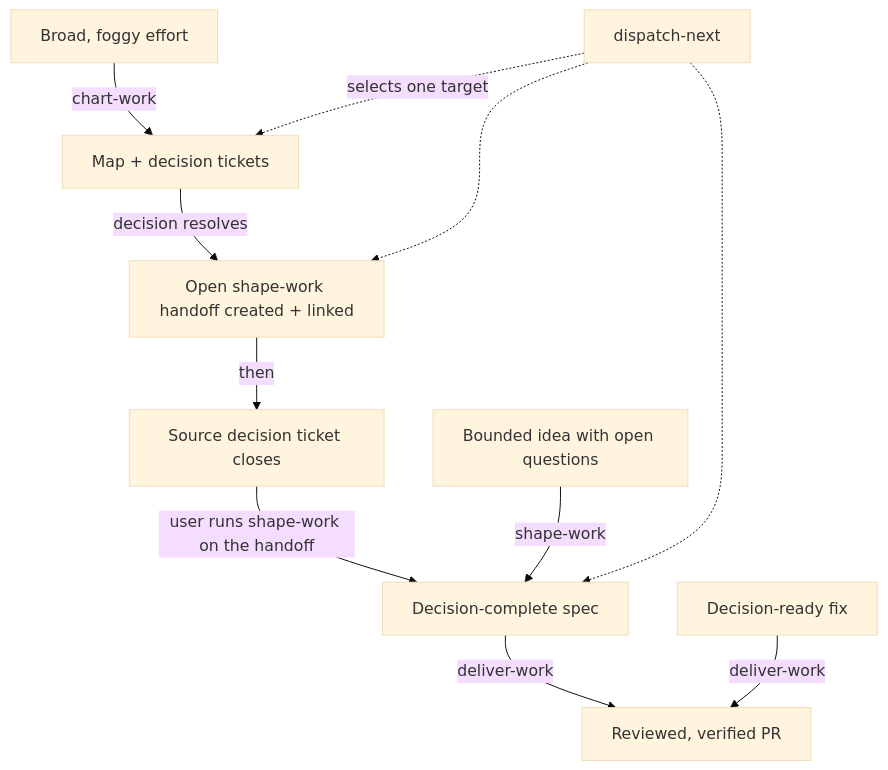
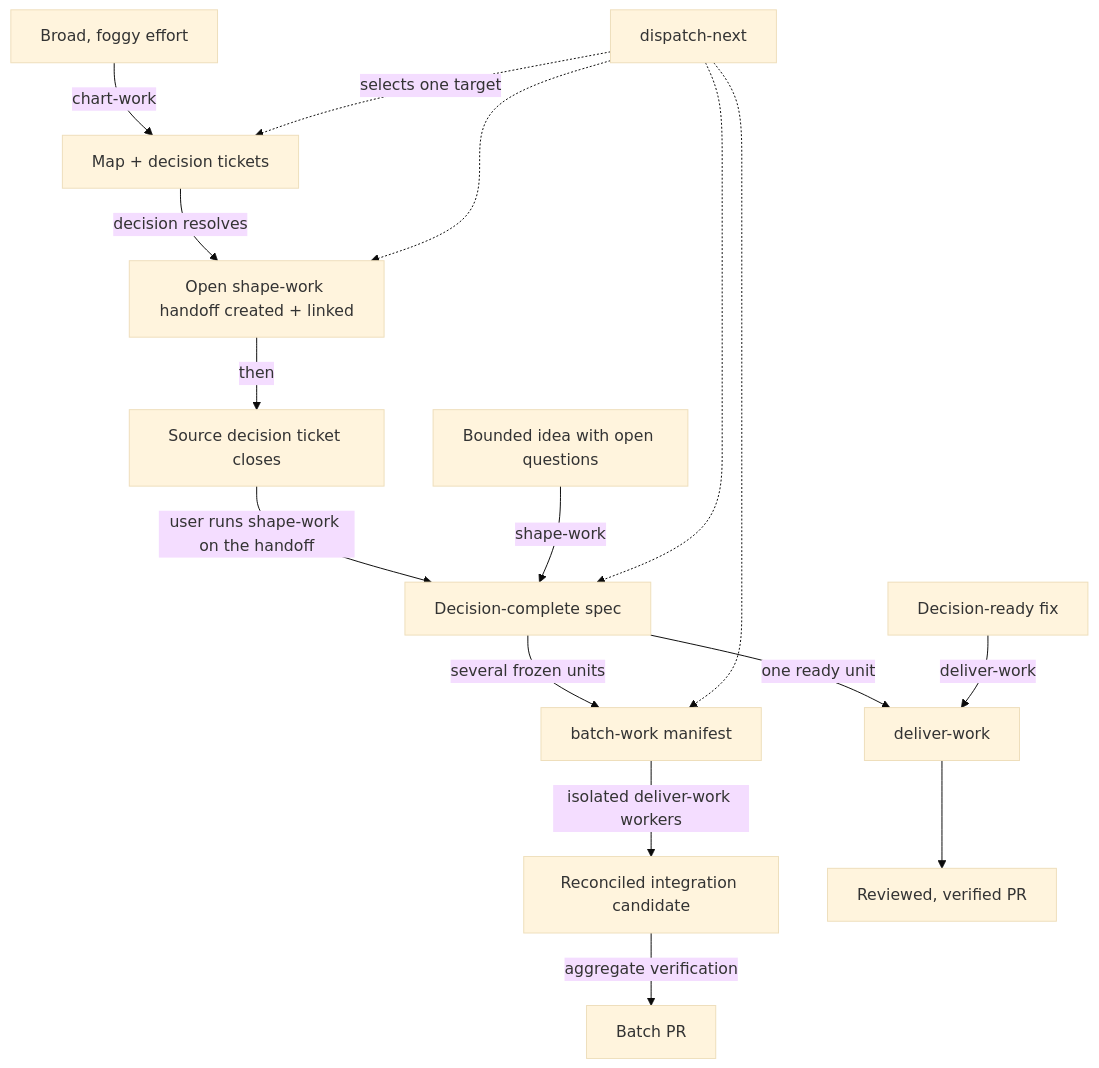
The diagram in docs-site/guide/the-work-loop.md (sockulags/agent-os), drawn with Mermaid (base theme) before and after one commit. The commit also changed other lines of this file and 41 other files, not shown here.

````diff
--- a/docs-site/guide/the-work-loop.md
+++ b/docs-site/guide/the-work-loop.md
@@ -7,13 +7,18 @@
 ```mermaid
 flowchart TD
     A[Broad, foggy effort] -->|chart-work| B[Map + decision tickets]
     B -->|decision resolves| H[Open shape-work handoff created + linked]
     H -->|then| C[Source decision ticket closes]
     C -->|user runs shape-work on the handoff| D[Decision-complete spec]
     A2[Bounded idea with open questions] -->|shape-work| D
-    D -->|deliver-work| E[Reviewed, verified PR]
+    D -->|one ready unit| E[deliver-work]
+    D -->|several frozen units| BW[batch-work manifest]
+    BW -->|isolated deliver-work workers| R[Reconciled integration candidate]
+    R -->|aggregate verification| P[Batch PR]
+    E --> P1[Reviewed, verified PR]
     A3[Decision-ready fix] -->|deliver-work| E
     F[dispatch-next] -.->|selects one target| B
     F -.-> H
     F -.-> D
+    F -.-> BW
 ```
````
